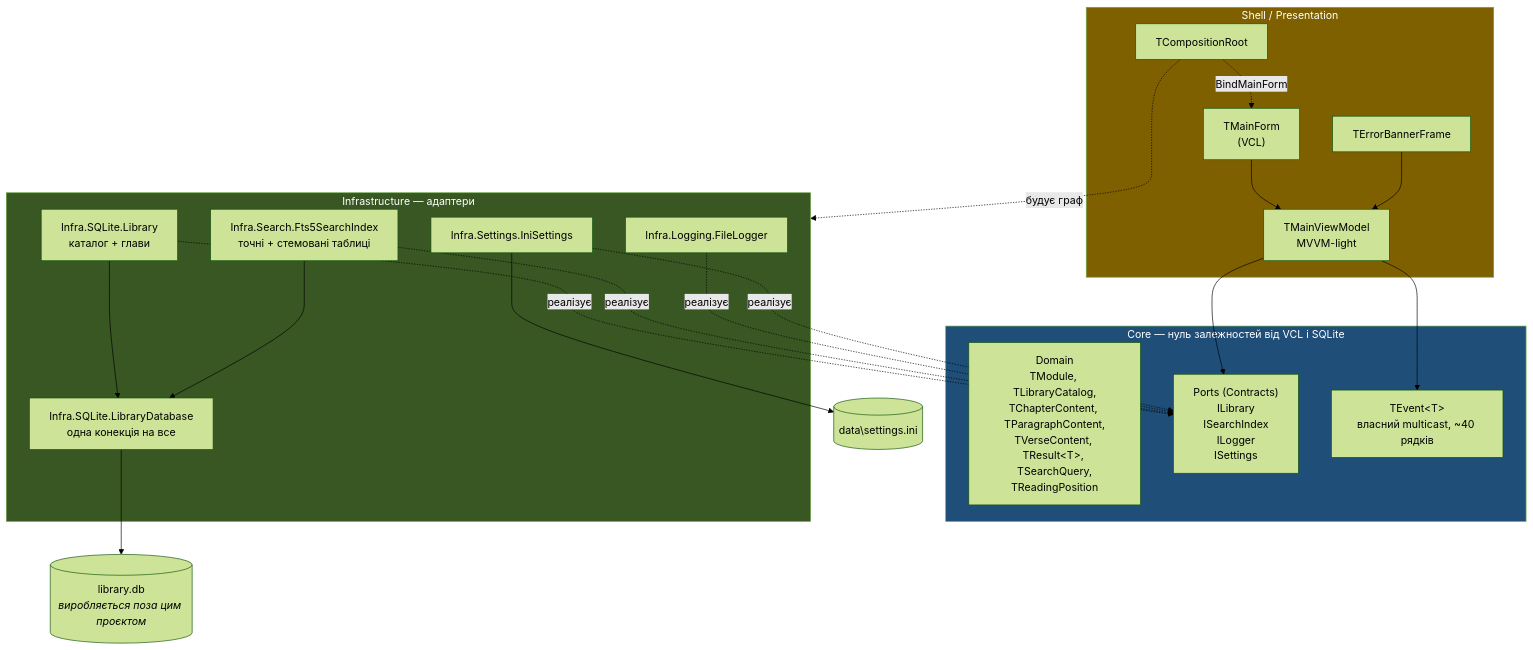
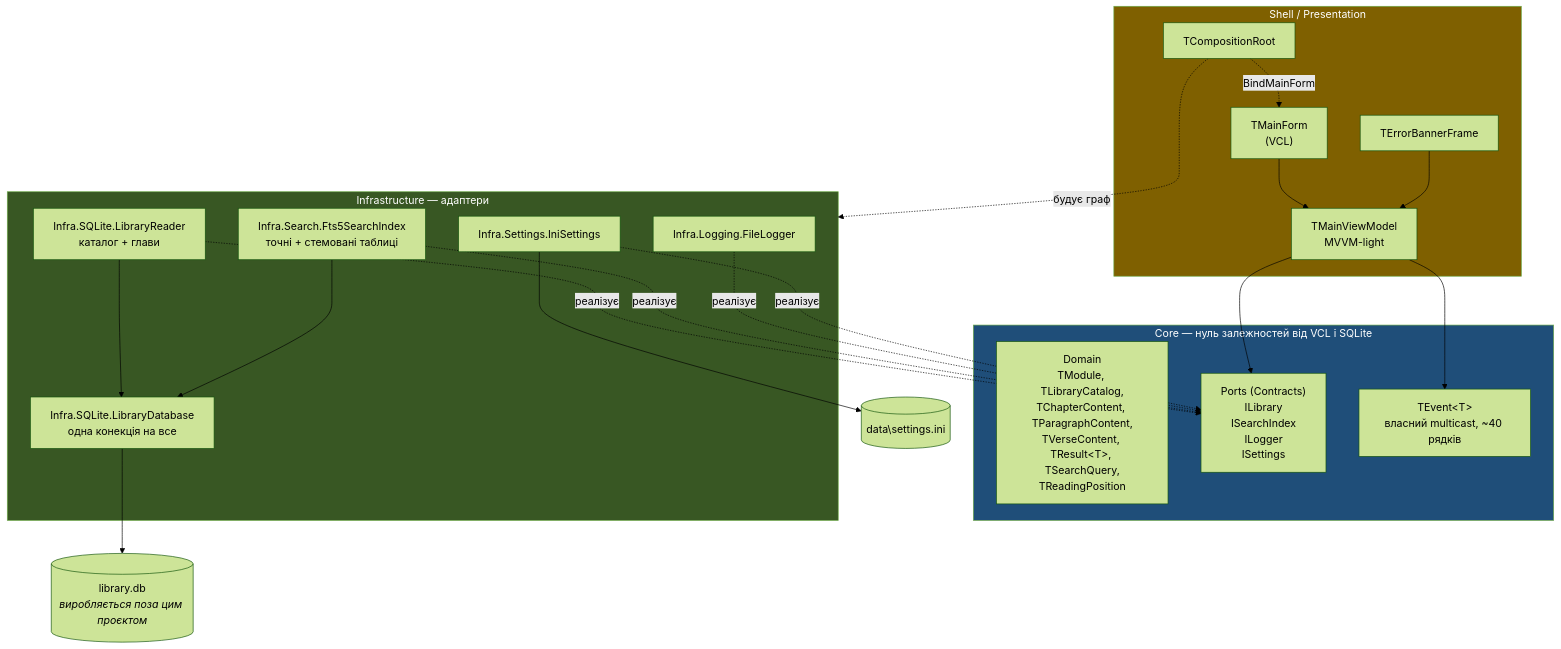
The first of 2 diagrams in architecture/Slovo_01_Domain_and_Contracts.md (vitaliid/Slovo), drawn with Mermaid (forest theme) before and after one commit. The commit also changed other lines of this file and 15 other files, not shown here.

First line of the commit message:
Sprint 1: library database and reader (ILibrary) + tests on real SQLite

````diff
--- a/architecture/Slovo_01_Domain_and_Contracts.md
+++ b/architecture/Slovo_01_Domain_and_Contracts.md
@@ -27,43 +27,43 @@
 ```mermaid
 graph TD
     subgraph Shell["Shell / Presentation"]
         MF["TMainForm<br/>(VCL)"]
         EB["TErrorBannerFrame"]
         VM["TMainViewModel<br/>MVVM-light"]
         CR["TCompositionRoot"]
     end
 
     subgraph Core["Core — нуль залежностей від VCL і SQLite"]
         D["Domain<br/>TModule, TLibraryCatalog,<br/>TChapterContent, TParagraphContent,<br/>TVerseContent, TResult&lt;T&gt;, TSearchQuery,<br/>TReadingPosition"]
         P["Ports (Contracts)<br/>ILibrary<br/>ISearchIndex<br/>ILogger<br/>ISettings"]
         EV["TEvent&lt;T&gt;<br/>власний multicast, ~40 рядків"]
     end
 
     subgraph Infra["Infrastructure — адаптери"]
-        LIB["Infra.SQLite.Library<br/>каталог + глави"]
+        LIB["Infra.SQLite.LibraryReader<br/>каталог + глави"]
         LDB["Infra.SQLite.LibraryDatabase<br/>одна конекція на все"]
         HI["Infra.Search.Fts5SearchIndex<br/>точні + стемовані таблиці"]
         LOG["Infra.Logging.FileLogger"]
         SET["Infra.Settings.IniSettings"]
     end
 
     MF --> VM
     EB --> VM
     VM --> P
     VM --> EV
     CR -.->|"будує граф"| Infra
     CR -.->|"BindMainForm"| MF
     LIB -.->|реалізує| P
     HI -.->|реалізує| P
     LOG -.->|реалізує| P
     SET -.->|реалізує| P
     LIB --> LDB
     HI --> LDB
     DB[("library.db<br/><i>виробляється поза цим проєктом</i>")]
     LDB --> DB
     SET --> INI[("data\settings.ini")]
 
     style Core fill:#1f4e79,color:#fff
     style Infra fill:#385723,color:#fff
     style Shell fill:#7f6000,color:#fff
 ```
````
